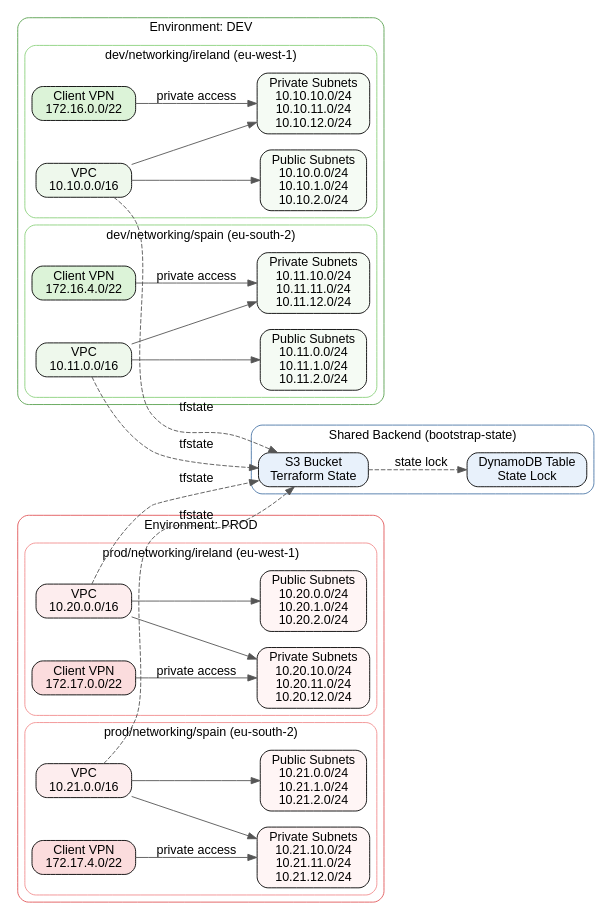
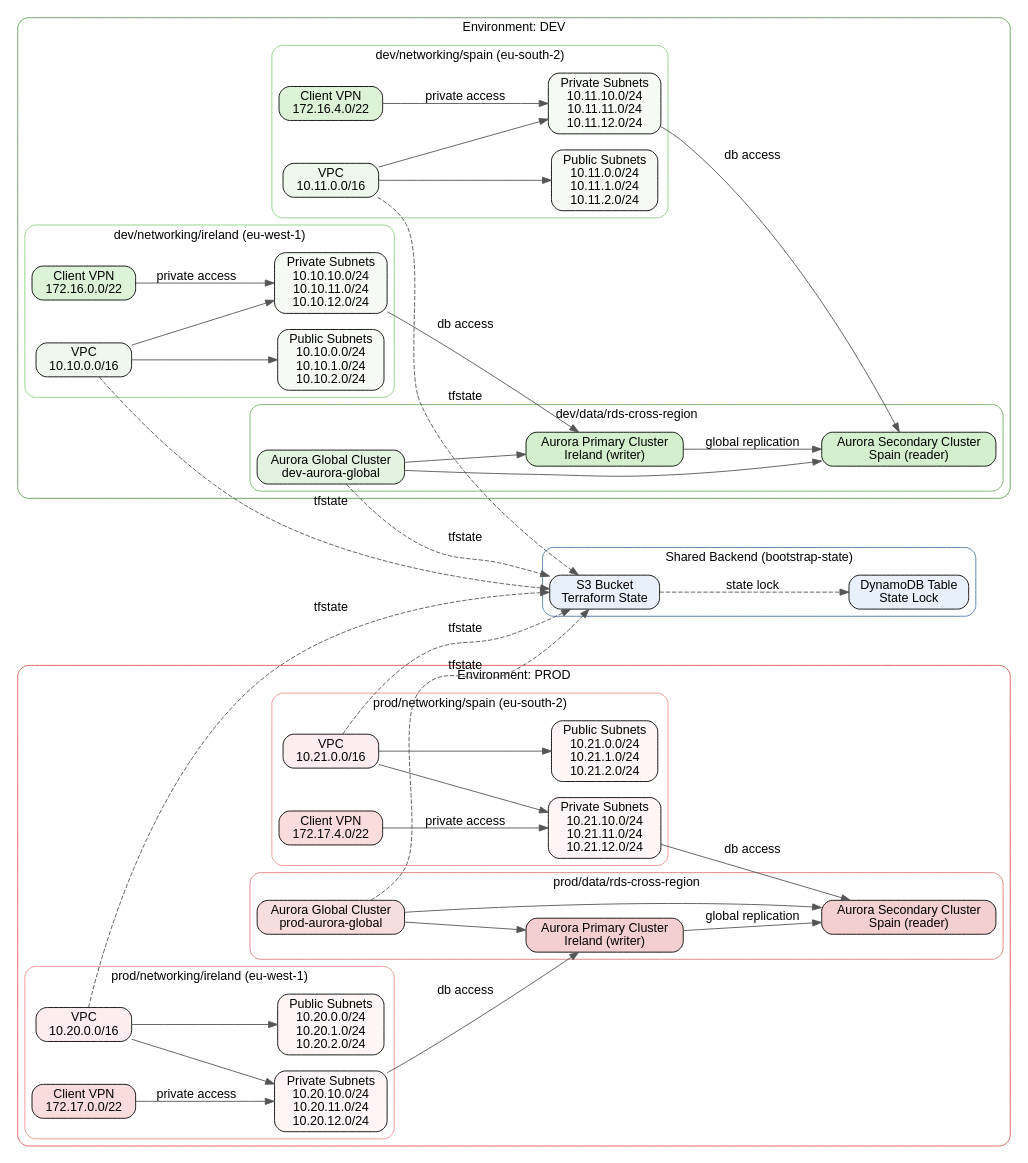
One commit to SergioSalmador/aws-multi-region changed the diagram in environments/networking/architecture.dot. Above: the diagram before and after it, drawn with Graphviz. The commit also changed 17 other files, not shown here.

Commit message:
feat(data): add aurora global architecture and cross-region stacks

```diff
--- a/environments/networking/architecture.dot
+++ b/environments/networking/architecture.dot
@@ -1,84 +1,114 @@
 digraph AWSMultiRegion {
   rankdir=LR;
   fontname="Helvetica";
   node [shape=box, style="rounded,filled", fontname="Helvetica", fillcolor="white"];
   edge [fontname="Helvetica", color="#555555"];
 
   subgraph cluster_backend {
     label="Shared Backend (bootstrap-state)";
     color="#4C78A8";
     style="rounded";
     s3 [label="S3 Bucket\nTerraform State", fillcolor="#E8F1FB"];
     ddb [label="DynamoDB Table\nState Lock", fillcolor="#E8F1FB"];
     s3 -> ddb [style=dashed, label="state lock"];
   }
 
   subgraph cluster_dev {
     label="Environment: DEV";
     color="#59A14F";
     style="rounded";
 
     subgraph cluster_dev_ireland {
       label="dev/networking/ireland (eu-west-1)";
       color="#8CD17D";
       style="rounded";
       dev_ir_vpc [label="VPC\n10.10.0.0/16", fillcolor="#EEF8EC"];
       dev_ir_pub [label="Public Subnets\n10.10.0.0/24\n10.10.1.0/24\n10.10.2.0/24", fillcolor="#F5FBF4"];
       dev_ir_pri [label="Private Subnets\n10.10.10.0/24\n10.10.11.0/24\n10.10.12.0/24", fillcolor="#F5FBF4"];
       dev_ir_vpn [label="Client VPN\n172.16.0.0/22", fillcolor="#DCF3D8"];
       dev_ir_vpc -> dev_ir_pub;
       dev_ir_vpc -> dev_ir_pri;
       dev_ir_vpn -> dev_ir_pri [label="private access"];
     }
 
     subgraph cluster_dev_spain {
       label="dev/networking/spain (eu-south-2)";
       color="#8CD17D";
       style="rounded";
       dev_es_vpc [label="VPC\n10.11.0.0/16", fillcolor="#EEF8EC"];
       dev_es_pub [label="Public Subnets\n10.11.0.0/24\n10.11.1.0/24\n10.11.2.0/24", fillcolor="#F5FBF4"];
       dev_es_pri [label="Private Subnets\n10.11.10.0/24\n10.11.11.0/24\n10.11.12.0/24", fillcolor="#F5FBF4"];
       dev_es_vpn [label="Client VPN\n172.16.4.0/22", fillcolor="#DCF3D8"];
       dev_es_vpc -> dev_es_pub;
       dev_es_vpc -> dev_es_pri;
       dev_es_vpn -> dev_es_pri [label="private access"];
     }
+
+    subgraph cluster_dev_data {
+      label="dev/data/rds-cross-region";
+      color="#74B266";
+      style="rounded";
+      dev_global [label="Aurora Global Cluster\ndev-aurora-global", fillcolor="#E2F4DF"];
+      dev_aurora_primary [label="Aurora Primary Cluster\nIreland (writer)", fillcolor="#D4EFCE"];
+      dev_aurora_secondary [label="Aurora Secondary Cluster\nSpain (reader)", fillcolor="#D4EFCE"];
+      dev_global -> dev_aurora_primary;
+      dev_global -> dev_aurora_secondary;
+      dev_aurora_primary -> dev_aurora_secondary [label="global replication"];
+    }
   }
 
   subgraph cluster_prod {
     label="Environment: PROD";
     color="#E15759";
     style="rounded";
 
     subgraph cluster_prod_ireland {
       label="prod/networking/ireland (eu-west-1)";
       color="#F28E8F";
       style="rounded";
       prod_ir_vpc [label="VPC\n10.20.0.0/16", fillcolor="#FDEDEE"];
       prod_ir_pub [label="Public Subnets\n10.20.0.0/24\n10.20.1.0/24\n10.20.2.0/24", fillcolor="#FFF5F5"];
       prod_ir_pri [label="Private Subnets\n10.20.10.0/24\n10.20.11.0/24\n10.20.12.0/24", fillcolor="#FFF5F5"];
       prod_ir_vpn [label="Client VPN\n172.17.0.0/22", fillcolor="#FBDCDD"];
       prod_ir_vpc -> prod_ir_pub;
       prod_ir_vpc -> prod_ir_pri;
       prod_ir_vpn -> prod_ir_pri [label="private access"];
     }
 
     subgraph cluster_prod_spain {
       label="prod/networking/spain (eu-south-2)";
       color="#F28E8F";
       style="rounded";
       prod_es_vpc [label="VPC\n10.21.0.0/16", fillcolor="#FDEDEE"];
       prod_es_pub [label="Public Subnets\n10.21.0.0/24\n10.21.1.0/24\n10.21.2.0/24", fillcolor="#FFF5F5"];
       prod_es_pri [label="Private Subnets\n10.21.10.0/24\n10.21.11.0/24\n10.21.12.0/24", fillcolor="#FFF5F5"];
       prod_es_vpn [label="Client VPN\n172.17.4.0/22", fillcolor="#FBDCDD"];
       prod_es_vpc -> prod_es_pub;
       prod_es_vpc -> prod_es_pri;
       prod_es_vpn -> prod_es_pri [label="private access"];
     }
+
+    subgraph cluster_prod_data {
+      label="prod/data/rds-cross-region";
+      color="#E07A7B";
+      style="rounded";
+      prod_global [label="Aurora Global Cluster\nprod-aurora-global", fillcolor="#F8DDDE"];
+      prod_aurora_primary [label="Aurora Primary Cluster\nIreland (writer)", fillcolor="#F4CFCF"];
+      prod_aurora_secondary [label="Aurora Secondary Cluster\nSpain (reader)", fillcolor="#F4CFCF"];
+      prod_global -> prod_aurora_primary;
+      prod_global -> prod_aurora_secondary;
+      prod_aurora_primary -> prod_aurora_secondary [label="global replication"];
+    }
   }
 
   dev_ir_vpc -> s3 [style=dashed, label="tfstate"];
   dev_es_vpc -> s3 [style=dashed, label="tfstate"];
   prod_ir_vpc -> s3 [style=dashed, label="tfstate"];
   prod_es_vpc -> s3 [style=dashed, label="tfstate"];
+  dev_ir_pri -> dev_aurora_primary [label="db access"];
+  dev_es_pri -> dev_aurora_secondary [label="db access"];
+  prod_ir_pri -> prod_aurora_primary [label="db access"];
+  prod_es_pri -> prod_aurora_secondary [label="db access"];
+  dev_global -> s3 [style=dashed, label="tfstate"];
+  prod_global -> s3 [style=dashed, label="tfstate"];
 }
```
